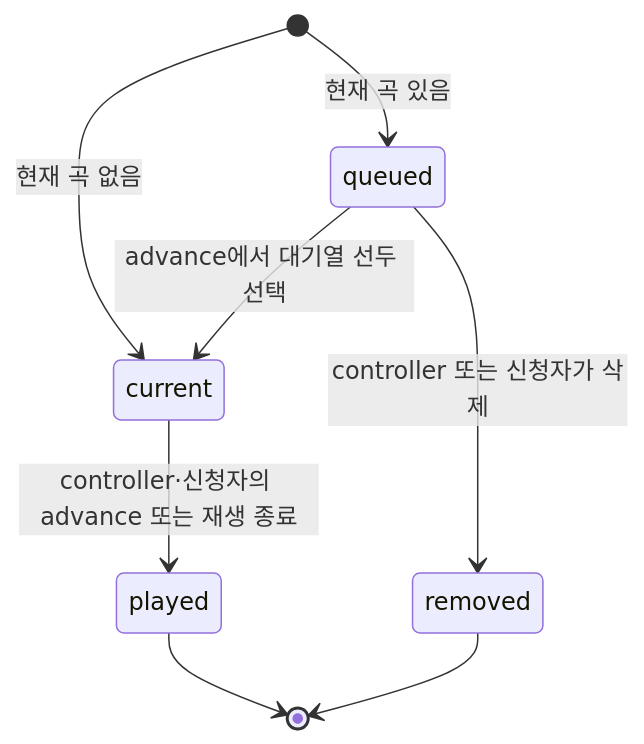
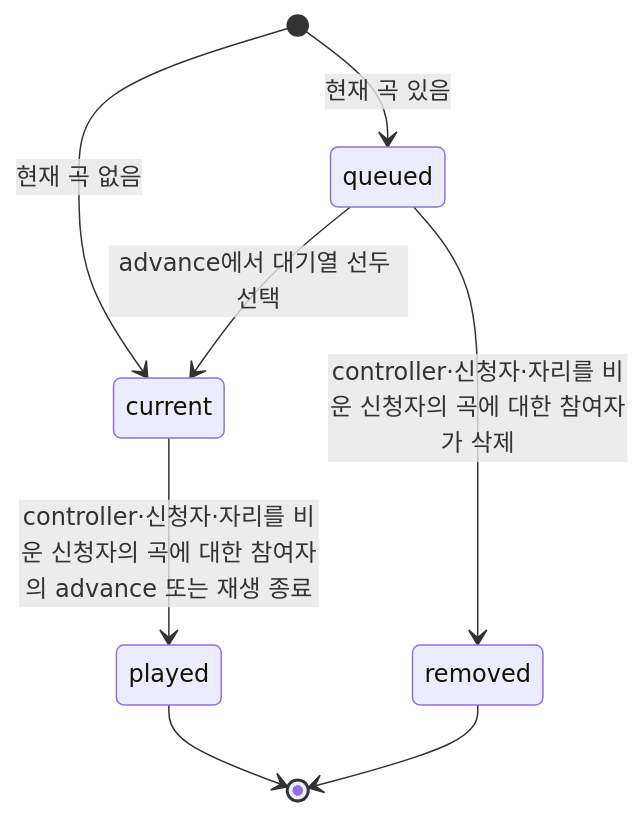
One commit to whitekw/jukebox changed the second of 2 diagrams in docs/DATA_MODEL.md. Above: the diagram before and after it, drawn with Mermaid. The commit also changed other lines of this file and 32 other files, not shown here.

````diff
--- a/docs/DATA_MODEL.md
+++ b/docs/DATA_MODEL.md
@@ -199,10 +207,10 @@
 ```mermaid
 stateDiagram-v2
     [*] --> current: 현재 곡 없음
     [*] --> queued: 현재 곡 있음
     queued --> current: advance에서 대기열 선두 선택
-    queued --> removed: controller 또는 신청자가 삭제
-    current --> played: controller·신청자의 advance 또는 재생 종료
+    queued --> removed: controller·신청자·자리를 비운 신청자의 곡에 대한 참여자가 삭제
+    current --> played: controller·신청자·자리를 비운 신청자의 곡에 대한 참여자의 advance 또는 재생 종료
     played --> [*]
     removed --> [*]
 ```
````
